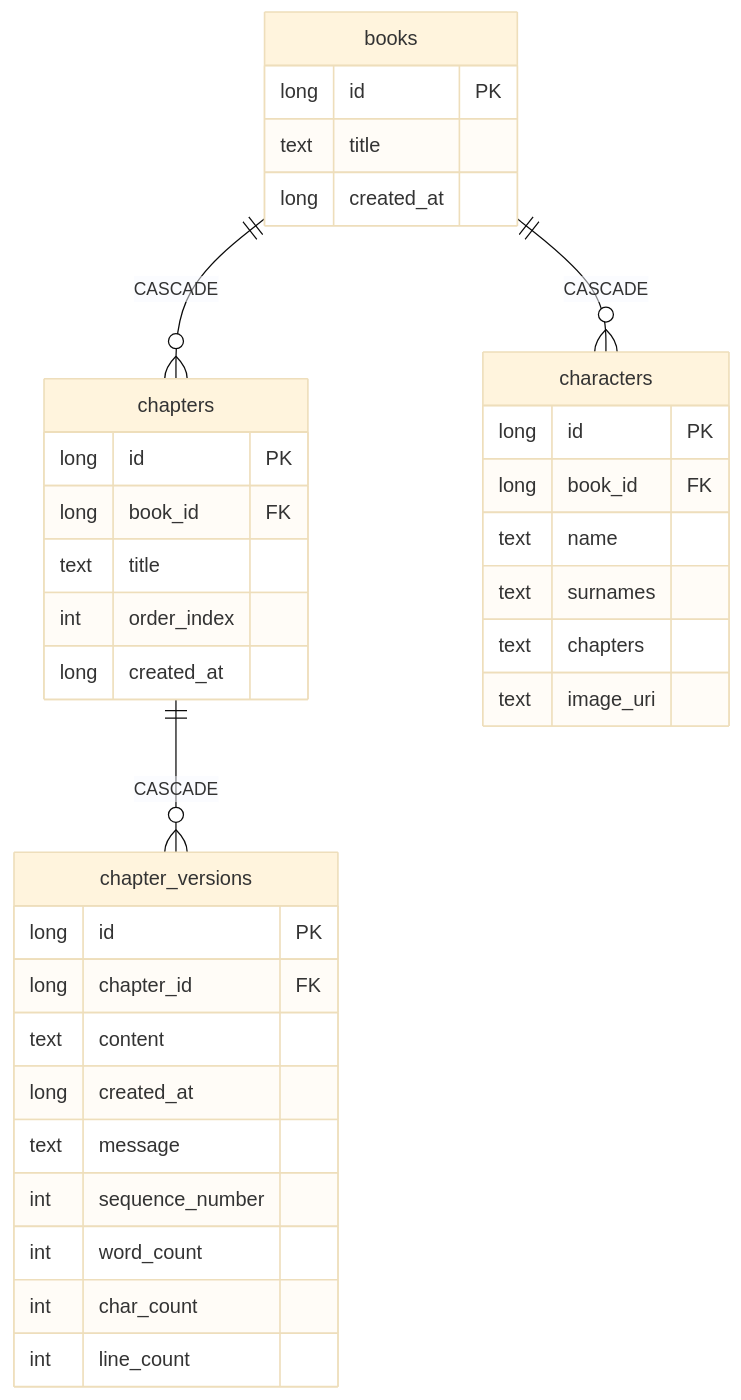
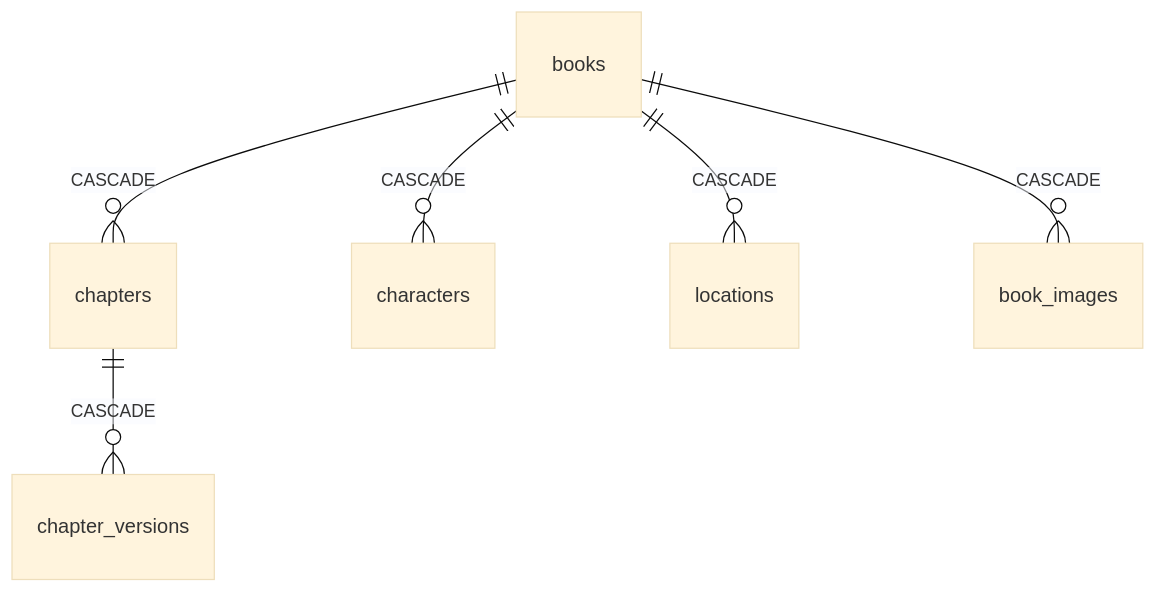
One commit to TomikantGit/Freeferbook2 changed the second of 2 diagrams in ARCHITECTURE.md. Above: the diagram before and after it, drawn with Mermaid (base theme). The commit also changed other lines of this file and 32 other files, not shown here.

````diff
--- a/ARCHITECTURE.md
+++ b/ARCHITECTURE.md
@@ -134,41 +146,8 @@
 ```mermaid
 erDiagram
-    books {
-        long id PK
-        text title
-        long created_at
-    }
-
-    chapters {
-        long id PK
-        long book_id FK
-        text title
-        int order_index
-        long created_at
-    }
-
-    chapter_versions {
-        long id PK
-        long chapter_id FK
-        text content
-        long created_at
-        text message
-        int sequence_number
-        int word_count
-        int char_count
-        int line_count
-    }
-
-    characters {
-        long id PK
-        long book_id FK
-        text name
-        text surnames
-        text chapters
-        text image_uri
-    }
-
-    books ||--o{ chapters : "CASCADE"
-    books ||--o{ characters : "CASCADE"
-    chapters ||--o{ chapter_versions : "CASCADE"
+    books ||--o{ chapters : CASCADE
+    books ||--o{ characters : CASCADE
+    books ||--o{ locations : CASCADE
+    books ||--o{ book_images : CASCADE
+    chapters ||--o{ chapter_versions : CASCADE
 ```
````
